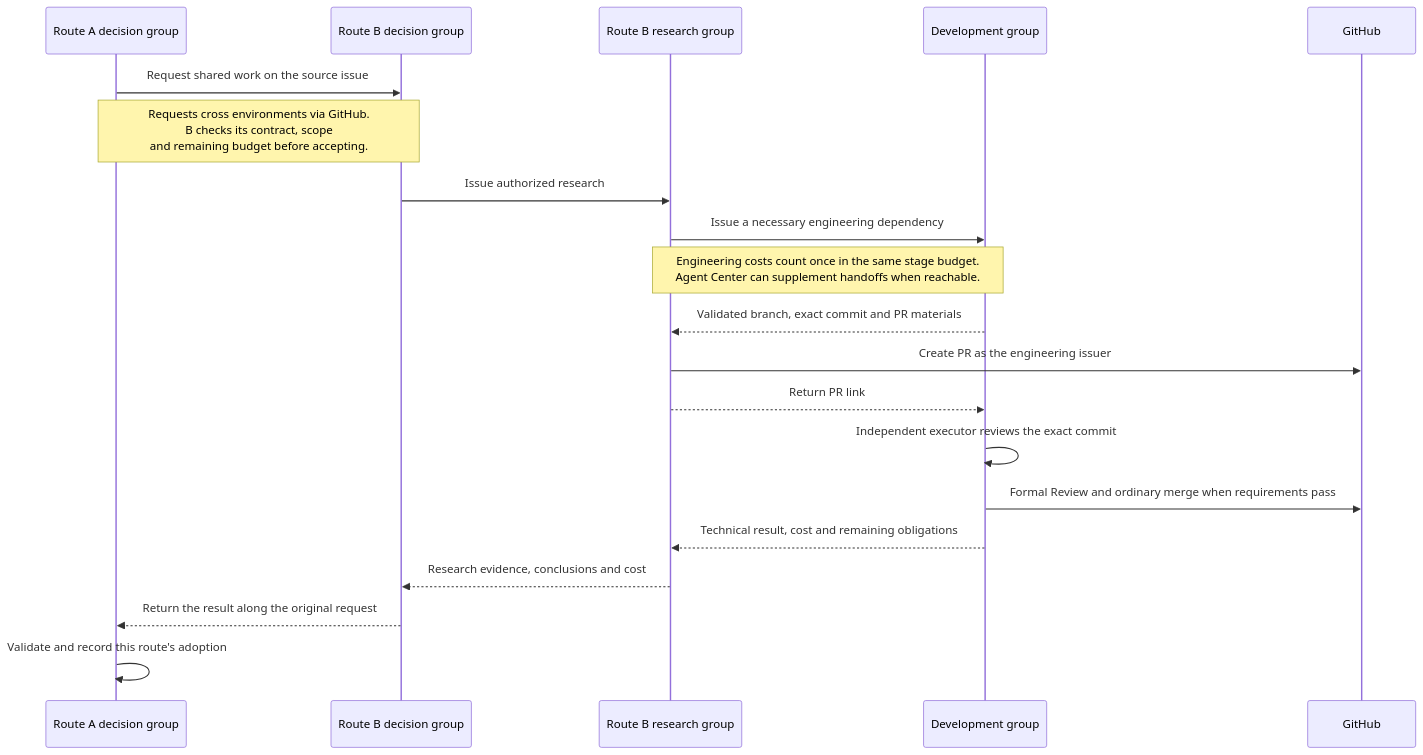
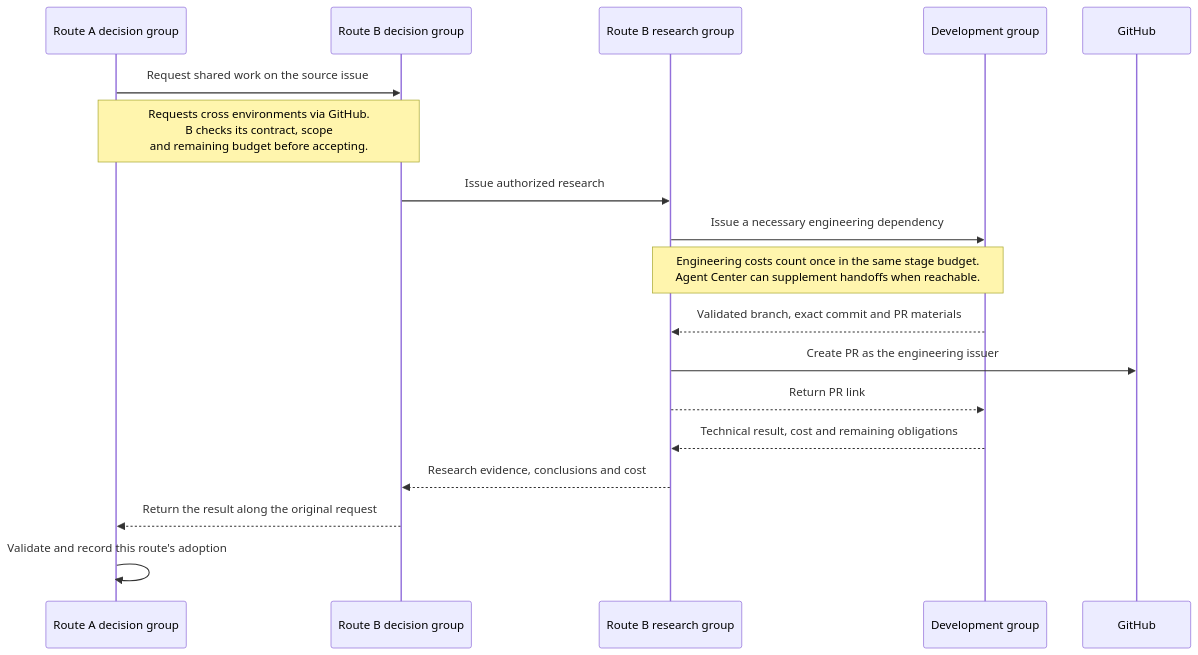
Before and after one commit to slowchillchill/codex-decision-assistant: the second of 2 diagrams in README.md, drawn with Mermaid. The commit also changed other lines of this file and 6 other files, not shown here.

````diff
--- a/README.md
+++ b/README.md
@@ -44,22 +44,20 @@
 ```mermaid
 sequenceDiagram
     participant A as Route A decision group
     participant B as Route B decision group
     participant R as Route B research group
     participant D as Development group
     participant G as GitHub
     A->>B: Request shared work on the source issue
     Note over A,B: Requests cross environments via GitHub.<br/>B checks its contract, scope<br/>and remaining budget before accepting.
     B->>R: Issue authorized research
     R->>D: Issue a necessary engineering dependency
     Note over R,D: Engineering costs count once in the same stage budget.<br/>Agent Center can supplement handoffs when reachable.
     D-->>R: Validated branch, exact commit and PR materials
     R->>G: Create PR as the engineering issuer
     R-->>D: Return PR link
-    D->>D: Independent executor reviews the exact commit
-    D->>G: Formal Review and ordinary merge when requirements pass
     D-->>R: Technical result, cost and remaining obligations
     R-->>B: Research evidence, conclusions and cost
     B-->>A: Return the result along the original request
     A->>A: Validate and record this route's adoption
 ```
````
